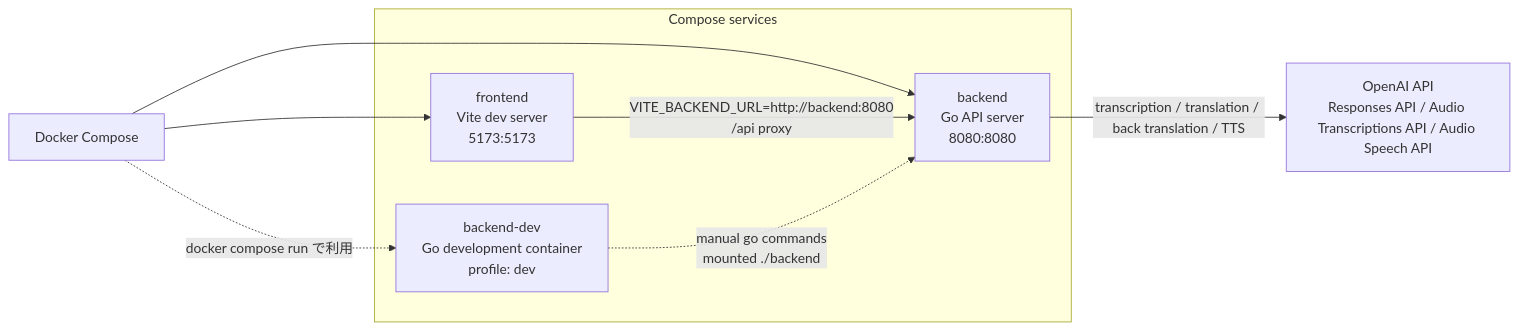
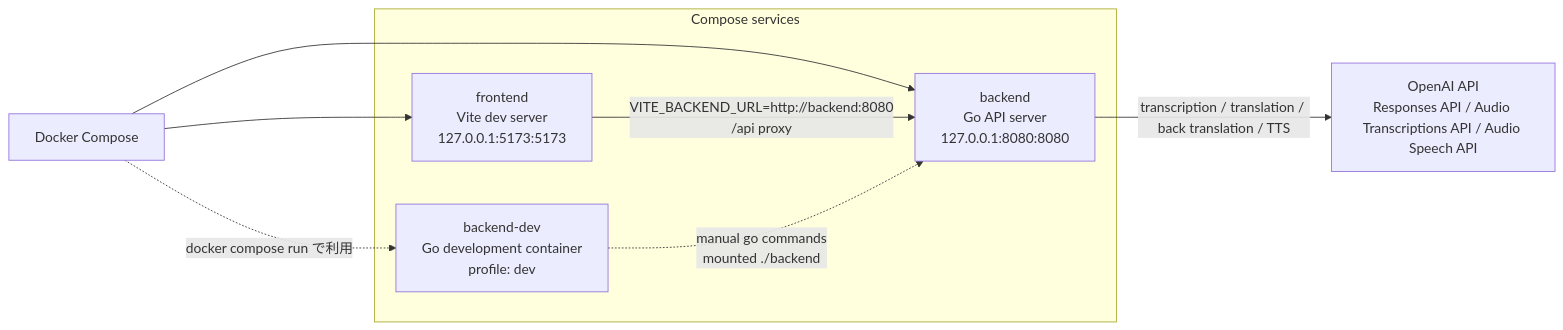
The first of 2 diagrams in docs/docker.md (shin-arita/gotalk), drawn with Mermaid before and after one commit. The commit also changed other lines of this file and 6 other files, not shown here.

First line of the commit message:
fix: backend と frontend のポートを 127.0.0.1 だけに公開する (#18)

````diff
--- a/docs/docker.md
+++ b/docs/docker.md
@@ -17,20 +17,20 @@
 ```mermaid
 flowchart LR
   Compose[Docker Compose]
 
   subgraph Services[Compose services]
-    Frontend[frontend<br/>Vite dev server<br/>5173:5173]
-    Backend[backend<br/>Go API server<br/>8080:8080]
+    Frontend[frontend<br/>Vite dev server<br/>127.0.0.1:5173:5173]
+    Backend[backend<br/>Go API server<br/>127.0.0.1:8080:8080]
     BackendDev[backend-dev<br/>Go development container<br/>profile: dev]
   end
 
   OpenAI[OpenAI API<br/>Responses API / Audio Transcriptions API / Audio Speech API]
 
   Compose --> Frontend
   Compose --> Backend
   Compose -.->|docker compose run で利用| BackendDev
 
   Frontend -->|VITE_BACKEND_URL=http://backend:8080<br/>/api proxy| Backend
   Backend -->|transcription / translation / back translation / TTS| OpenAI
   BackendDev -.->|manual go commands<br/>mounted ./backend| Backend
 ```
````
